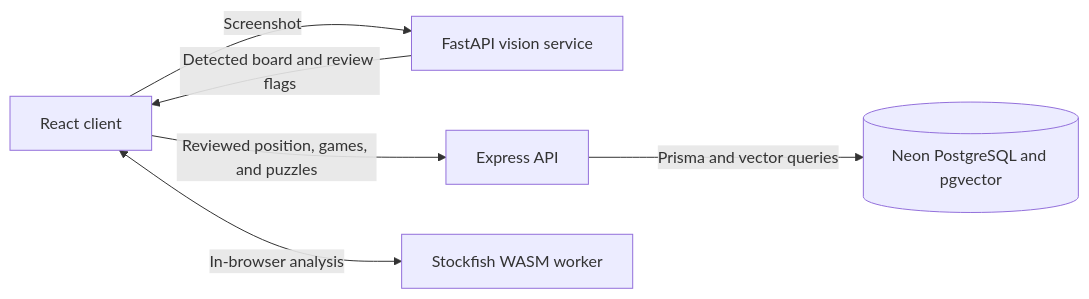
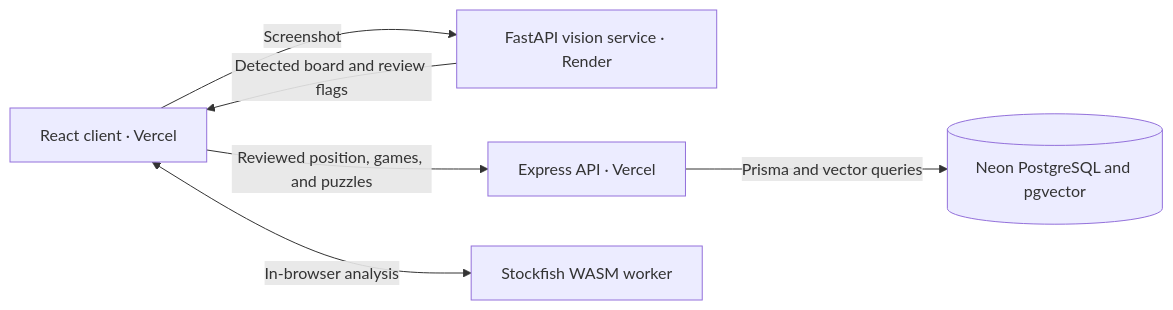
Before and after one commit to Avaneeshchavan/ChessTrace: the diagram in README.md, drawn with Mermaid. The commit also changed other lines of this file and 30 other files, not shown here.

````diff
--- a/README.md
+++ b/README.md
@@ -23,8 +28,8 @@
 ```mermaid
 flowchart LR
-    Client["React client"] -->|Screenshot| Vision["FastAPI vision service"]
+    Client["React client · Vercel"] -->|Screenshot| Vision["FastAPI vision service · Render"]
     Vision -->|Detected board and review flags| Client
-    Client -->|Reviewed position, games, and puzzles| API["Express API"]
+    Client -->|Reviewed position, games, and puzzles| API["Express API · Vercel"]
     API -->|Prisma and vector queries| DB[("Neon PostgreSQL and pgvector")]
     Client <-->|In-browser analysis| Engine["Stockfish WASM worker"]
 ```
````
